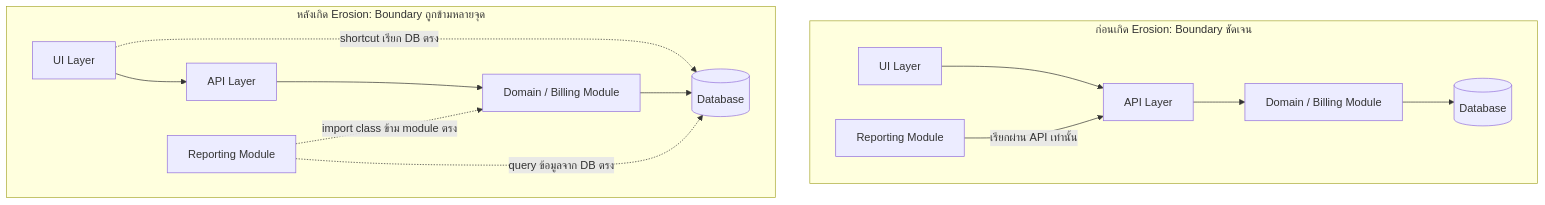
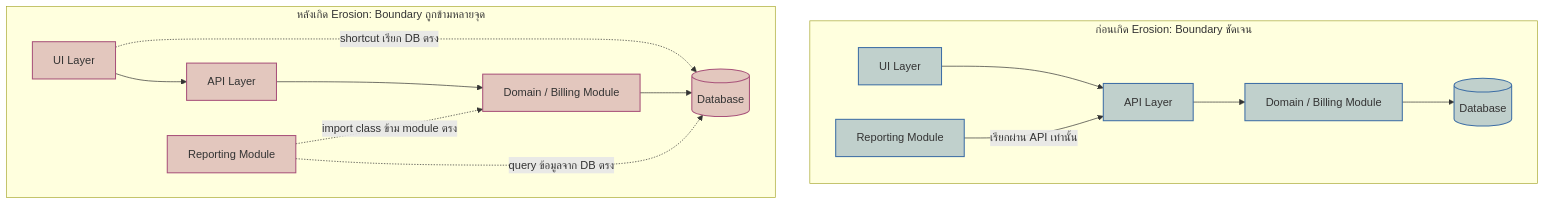
The diagram in src/content/module-21/02-architecture-erosion.md (Thail3/study-system), drawn with Mermaid before and after one commit. The commit also changed other lines of this file and 41 other files, not shown here.

First line of the commit message:
add Security Architecture pillar, Strangler Fig and intro topics, and bring System Architecture content up to par with System Design

````diff
--- a/src/content/module-21/02-architecture-erosion.md
+++ b/src/content/module-21/02-architecture-erosion.md
@@ -18,17 +18,22 @@
 ```mermaid
 flowchart TB
     subgraph Before["ก่อนเกิด Erosion: Boundary ชัดเจน"]
         UI1["UI Layer"] --> API1["API Layer"]
         API1 --> Domain1["Domain / Billing Module"]
         Domain1 --> DB1[("Database")]
         Report1["Reporting Module"] -->|"เรียกผ่าน API เท่านั้น"| API1
     end
     subgraph After["หลังเกิด Erosion: Boundary ถูกข้ามหลายจุด"]
         UI2["UI Layer"] --> API2["API Layer"]
         UI2 -.->|"shortcut เรียก DB ตรง"| DB2[("Database")]
         API2 --> Domain2["Domain / Billing Module"]
         Domain2 --> DB2
         Report2["Reporting Module"] -.->|"import class ข้าม module ตรง"| Domain2
         Report2 -.->|"query ข้อมูลจาก DB ตรง"| DB2
     end
+
+    classDef clean fill:#3d6ea552,stroke:#3d6ea5,stroke-width:1.5px
+    classDef eroded fill:#a8527a52,stroke:#a8527a,stroke-width:1.5px
+    class UI1,API1,Domain1,DB1,Report1 clean
+    class UI2,API2,Domain2,DB2,Report2 eroded
 ```
````
